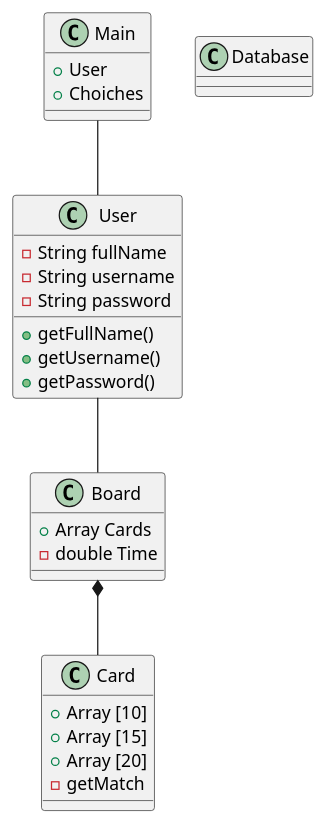
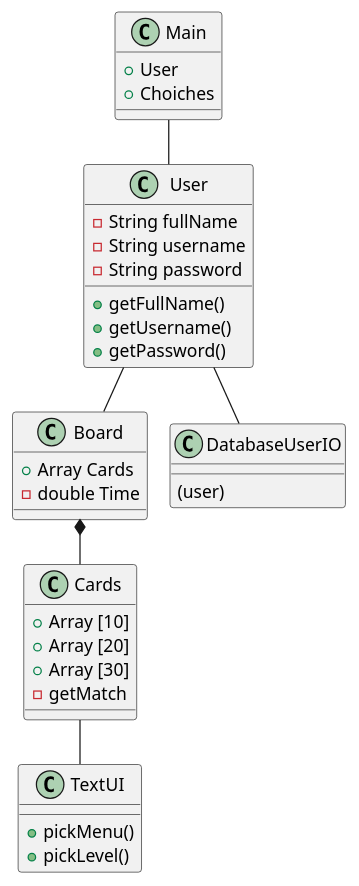
The diagram in Data/IceMemoryClassdiagram.puml (elsaD01/ICEMemoryGame), drawn with PlantUML before and after one commit. The commit also changed 3 other files, not shown here.

```diff
--- a/Data/IceMemoryClassdiagram.puml
+++ b/Data/IceMemoryClassdiagram.puml
@@ -1,32 +1,40 @@
 @startuml
 'https://plantuml.com/use-case-diagram
 
 class Main
 class User
 class Board
-class Card
-class Database
+class Cards
+class TextUI
+class DatabaseUserIO
 Main-- User
 User-- Board
-Board*--Card
+Board*--Cards
+Cards-- TextUI
+User-- DatabaseUserIO
 
 Main : + User
 Main : + Choiches
 
 User : - String fullName
 User : - String username
 User : - String password
 User : + getFullName()
 User : + getUsername()
 User : + getPassword()
 
 Board : + Array Cards
 Board : - double Time
 
-Card : + Array [10]
-Card : + Array [15]
-Card : + Array [20]
-Card : - getMatch
+Cards : + Array [10]
+Cards : + Array [20]
+Cards : + Array [30]
+Cards : - getMatch
 
+TextUI : + pickMenu()
+TextUI : + pickLevel()
 
+DatabaseUserIO : (user)
+
+!pragma layout smetana
 @enduml
```
